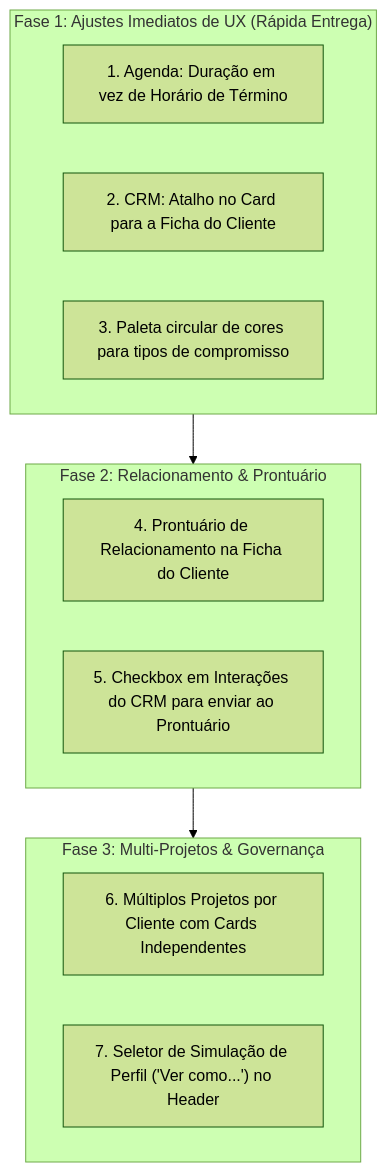
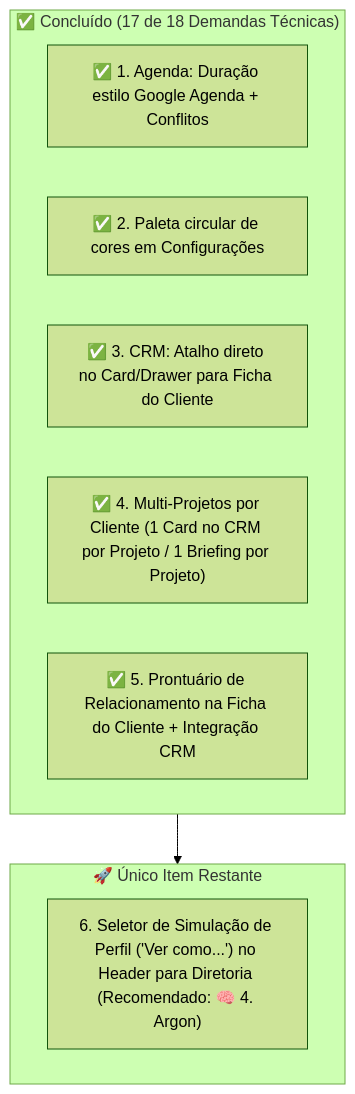
The diagram in .agents/plans/reunioes/relatorio_status_reunioes_implementacao.md (lmantovani/Plannit), drawn with Mermaid (forest theme) before and after one commit. The commit also changed other lines of this file and 30 other files, not shown here.

Commit message:
feat(clientes): prontuario de relacionamento, multiplos projetos no CRM e catalogo dinamico de categorias em configuracoes

````diff
--- a/.agents/plans/reunioes/relatorio_status_reunioes_implementacao.md
+++ b/.agents/plans/reunioes/relatorio_status_reunioes_implementacao.md
@@ -134,20 +134,16 @@
 ```mermaid
 flowchart TD
-    subgraph Sprint1["Fase 1: Ajustes Imediatos de UX (Rápida Entrega)"]
-        A1["1. Agenda: Duração em vez de Horário de Término"]
-        A2["2. CRM: Atalho no Card para a Ficha do Cliente"]
-        A3["3. Paleta circular de cores para tipos de compromisso"]
+    subgraph Concluido["✅ Concluído (17 de 18 Demandas Técnicas)"]
+        A1["✅ 1. Agenda: Duração estilo Google Agenda + Conflitos"]
+        A2["✅ 2. Paleta circular de cores em Configurações"]
+        A3["✅ 3. CRM: Atalho direto no Card/Drawer para Ficha do Cliente"]
+        A4["✅ 4. Multi-Projetos por Cliente (1 Card no CRM por Projeto / 1 Briefing por Projeto)"]
+        A5["✅ 5. Prontuário de Relacionamento na Ficha do Cliente + Integração CRM"]
     end
 
-    subgraph Sprint2["Fase 2: Relacionamento & Prontuário"]
-        B1["4. Prontuário de Relacionamento na Ficha do Cliente"]
-        B2["5. Checkbox em Interações do CRM para enviar ao Prontuário"]
+    subgraph Proximos["🚀 Único Item Restante"]
+        B1["6. Seletor de Simulação de Perfil ('Ver como...') no Header para Diretoria (Recomendado: 🧠 4. Argon)"]
     end
 
-    subgraph Sprint3["Fase 3: Multi-Projetos & Governança"]
-        C1["6. Múltiplos Projetos por Cliente com Cards Independentes"]
-        C2["7. Seletor de Simulação de Perfil ('Ver como...') no Header"]
-    end
-
-    Sprint1 --> Sprint2 --> Sprint3
+    Concluido --> Proximos
 ```
````
